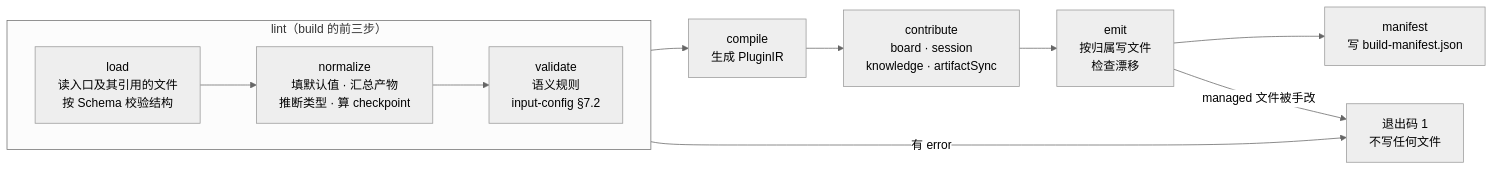
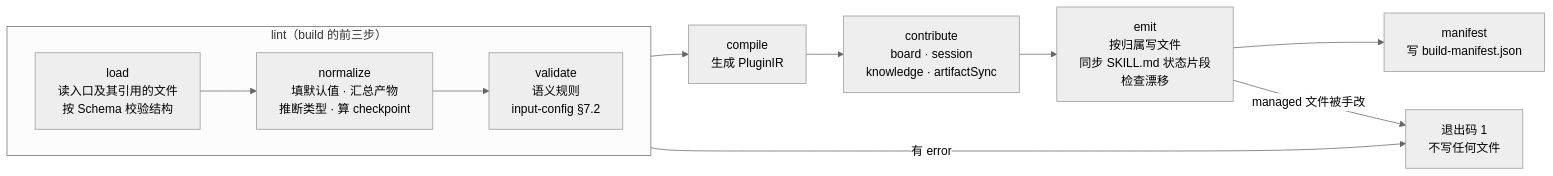
The fourth of 11 diagrams in docs/diagrams.md (seikou00/autobizdevops_plugin_creator), drawn with Mermaid (neutral theme) before and after one commit. The commit also changed other lines of this file and 58 other files, not shown here.

````diff
--- a/docs/diagrams.md
+++ b/docs/diagrams.md
@@ -172,20 +175,20 @@
 ```mermaid
 flowchart LR
   subgraph LINT["lint（build 的前三步）"]
     direction LR
     S1["load<br/>读入口及其引用的文件<br/>按 Schema 校验结构"]
     S2["normalize<br/>填默认值 · 汇总产物<br/>推断类型 · 算 checkpoint"]
     S3["validate<br/>语义规则<br/>input-config §7.2"]
     S1 --> S2 --> S3
   end
 
   S4["compile<br/>生成 PluginIR"]
   S5["contribute<br/>board · session<br/>knowledge · artifactSync"]
-  S6["emit<br/>按归属写文件<br/>检查漂移"]
+  S6["emit<br/>按归属写文件<br/>同步 SKILL.md 状态片段<br/>检查漂移"]
   S7["manifest<br/>写 build-manifest.json"]
   X["退出码 1<br/>不写任何文件"]
 
   S3 --> S4 --> S5 --> S6 --> S7
   S3 -->|"有 error"| X
   S6 -->|"managed 文件被手改"| X
 ```
````
